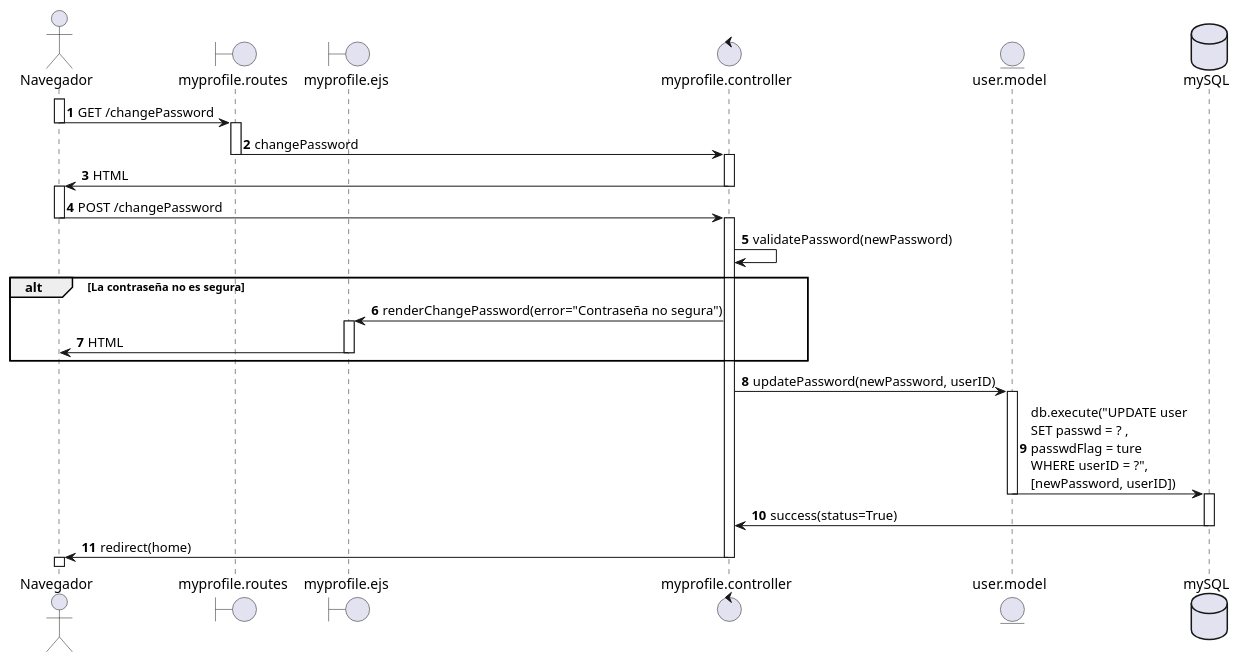
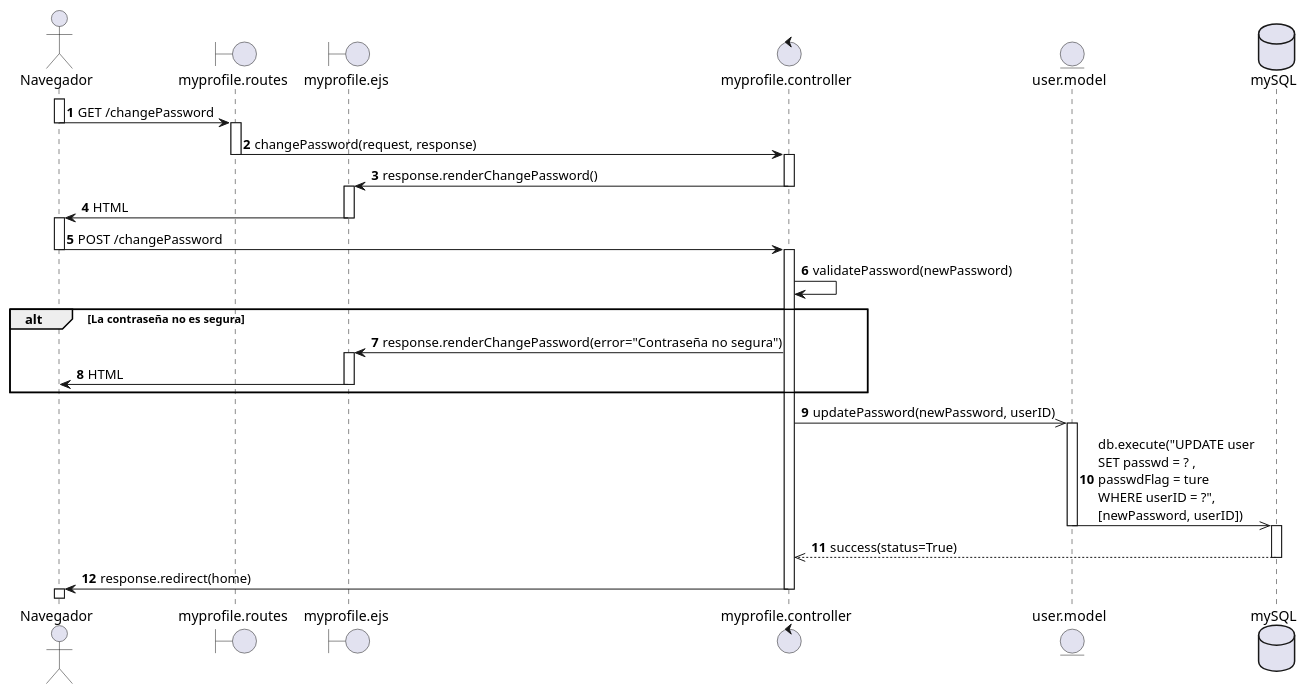
One commit to EdCanCe/WorkCells changed the diagram in diagrams/Casos de Uso/Mauricio/diagrama de secuencia/CU09.puml. Above: the diagram before and after it, drawn with PlantUML. The commit also changed 3 other files, not shown here.

```diff
--- a/diagrams/Casos de Uso/Mauricio/diagrama de secuencia/CU09.puml
+++ b/diagrams/Casos de Uso/Mauricio/diagrama de secuencia/CU09.puml
@@ -1,54 +1,57 @@
 @startuml CU09 - Cambio de contraseña temporal - Diagrama de secuencia
 
 actor Navegador
 boundary "myprofile.routes" as Routes
 boundary "myprofile.ejs" as View
 control "myprofile.controller" as Controller
 entity "user.model" as Model
 database "mySQL" as DB
 
 autonumber
 
 ' El navegador envía una solicitud POST para cambiar la contraseña
 activate Navegador
 Navegador -> Routes : GET /changePassword
 deactivate Navegador
 
 ' La ruta redirige a la vista del formulario
 activate Routes
-Routes -> Controller : changePassword
+Routes -> Controller : changePassword(request, response)
 deactivate Routes
 activate Controller
 
-Controller -> Navegador : HTML
+Controller -> View : response.renderChangePassword()
+deactivate Controller
+activate View
+View -> Navegador : HTML
 deactivate Controller
 deactivate View
 activate Navegador
 Navegador -> Controller : POST /changePassword
 deactivate Navegador
 
 
 ' El controlador valida la contraseña en el servidor
 activate Controller
 Controller -> Controller : validatePassword(newPassword)
 alt La contraseña no es segura
-    Controller -> View : renderChangePassword(error="Contraseña no segura")
+    Controller -> View : response.renderChangePassword(error="Contraseña no segura")
     activate View
     View -> Navegador : HTML
     deactivate View
 end
 ' La contraseña es segura
 ' Se aplica el hash internamente antes de actualizar la contraseña en la base de datos.
-Controller -> Model : updatePassword(newPassword, userID)
+Controller ->> Model : updatePassword(newPassword, userID)
 activate Model
-Model -> DB : db.execute("UPDATE user\nSET passwd = ? ,\npasswdFlag = ture\nWHERE userID = ?",\n[newPassword, userID])
+Model ->> DB : db.execute("UPDATE user\nSET passwd = ? ,\npasswdFlag = ture\nWHERE userID = ?",\n[newPassword, userID])
 deactivate Model
 activate DB
-DB -> Controller : success(status=True)
+DB -->> Controller : success(status=True)
 deactivate DB
 deactivate View
-Controller -> Navegador : redirect(home)
+Controller -> Navegador : response.redirect(home)
 deactivate Controller
 activate Navegador
 
 @enduml
```
